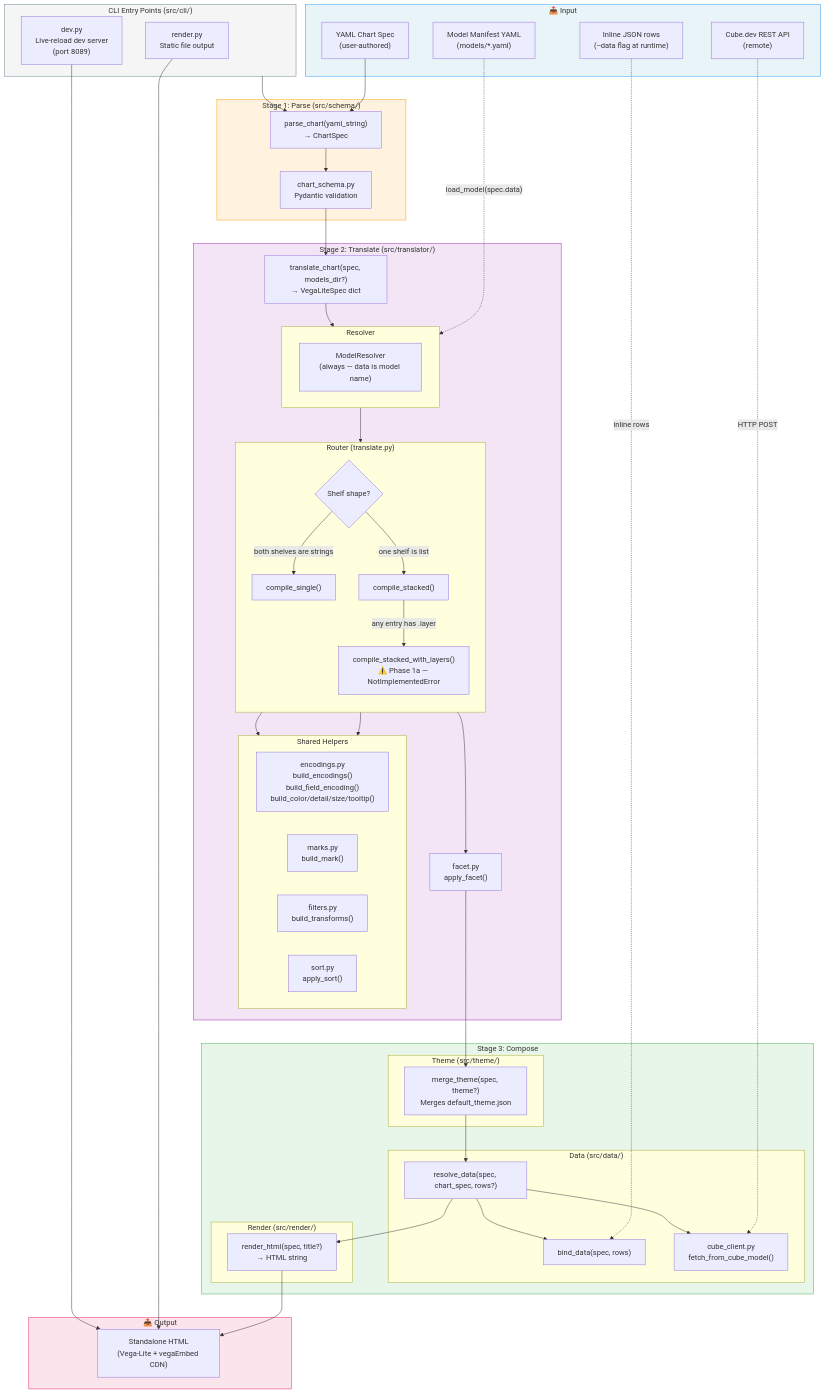
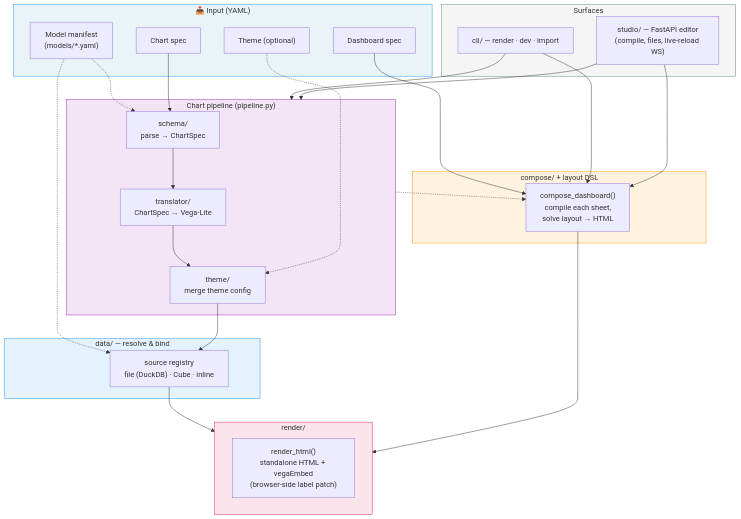
One commit to shelveshq/shelves changed the first of 2 diagrams in docs/architecture-diagram.md. Above: the diagram before and after it, drawn with Mermaid. The commit also changed other lines of this file and 8 other files, not shown here.

First line of the commit message:
docs: refresh CLAUDE.md files and architecture diagram for current scope (#53)

````diff
--- a/docs/architecture-diagram.md
+++ b/docs/architecture-diagram.md
@@ -5,96 +15,54 @@
 ```mermaid
 flowchart TB
-    subgraph INPUT["📥 Input"]
-        YAML["YAML Chart Spec<br/>(user-authored)"]
-        MODEL_YAML["Model Manifest YAML<br/>(models/*.yaml)"]
-        DATA_JSON["Inline JSON rows<br/>(--data flag at runtime)"]
-        CUBE_API["Cube.dev REST API<br/>(remote)"]
+    subgraph INPUT["📥 Input (YAML)"]
+        CHART_YAML["Chart spec"]
+        DASH_YAML["Dashboard spec"]
+        MODEL_YAML["Model manifest<br/>(models/*.yaml)"]
+        THEME_YAML["Theme (optional)"]
     end
 
-    subgraph PARSE["Stage 1: Parse (src/schema/)"]
-        parse_chart["parse_chart(yaml_string)<br/>→ ChartSpec"]
-        chart_schema["chart_schema.py<br/>Pydantic validation"]
-        parse_chart --> chart_schema
+    subgraph CHARTPIPE["Chart pipeline (pipeline.py)"]
+        SCHEMA["schema/<br/>parse → ChartSpec"]
+        TRANSLATE["translator/<br/>ChartSpec → Vega-Lite"]
+        THEME["theme/<br/>merge theme config"]
+        SCHEMA --> TRANSLATE --> THEME
     end
 
-    subgraph TRANSLATE["Stage 2: Translate (src/translator/)"]
-        translate_chart["translate_chart(spec, models_dir?)<br/>→ VegaLiteSpec dict"]
-
-        subgraph RESOLVER["Resolver"]
-            direction LR
-            MR["ModelResolver<br/>(always — data is model name)"]
-        end
-
-        subgraph ROUTER["Router (translate.py)"]
-            direction TB
-            route{"Shelf shape?"}
-            route -->|"both shelves are strings"| single
-            route -->|"one shelf is list"| stacked
-            single["compile_single()"]
-            stacked["compile_stacked()"]
-            stacked -->|"any entry has .layer"| layers["compile_stacked_with_layers()<br/>⚠️ Phase 1a — NotImplementedError"]
-        end
-
-        subgraph HELPERS["Shared Helpers"]
-            direction LR
-            enc["encodings.py<br/>build_encodings()<br/>build_field_encoding()<br/>build_color/detail/size/tooltip()"]
-            marks_mod["marks.py<br/>build_mark()"]
-            filt["filters.py<br/>build_transforms()"]
-            sort_mod["sort.py<br/>apply_sort()"]
-        end
-
-        facet_mod["facet.py<br/>apply_facet()"]
+    subgraph DATA["data/ — resolve & bind"]
+        SOURCES["source registry<br/>file (DuckDB) · Cube · inline"]
     end
 
-    subgraph COMPOSE["Stage 3: Compose"]
-        subgraph THEME["Theme (src/theme/)"]
-            merge_theme["merge_theme(spec, theme?)<br/>Merges default_theme.json"]
-        end
-        subgraph DATA["Data (src/data/)"]
-            resolve_data["resolve_data(spec, chart_spec, rows?)"]
-            bind_data["bind_data(spec, rows)"]
-            cube_client["cube_client.py<br/>fetch_from_cube_model()"]
-        end
-        subgraph RENDER["Render (src/render/)"]
-            render_html["render_html(spec, title?)<br/>→ HTML string"]
-        end
+    subgraph DASH["compose/ + layout DSL"]
+        COMPOSE["compose_dashboard()<br/>compile each sheet,<br/>solve layout → HTML"]
     end
 
-    subgraph OUTPUT["📤 Output"]
-        HTML["Standalone HTML<br/>(Vega-Lite + vegaEmbed CDN)"]
+    subgraph RENDER["render/"]
+        HTML["render_html()<br/>standalone HTML + vegaEmbed<br/>(browser-side label patch)"]
     end
 
-    subgraph CLI["CLI Entry Points (src/cli/)"]
-        cli_render["render.py<br/>Static file output"]
-        cli_dev["dev.py<br/>Live-reload dev server<br/>(port 8089)"]
+    subgraph SURFACES["Surfaces"]
+        CLI["cli/ — render · dev · import"]
+        STUDIO["studio/ — FastAPI editor<br/>(compile, files, live-reload WS)"]
     end
 
-    %% Main flow
-    YAML --> parse_chart
-    chart_schema --> translate_chart
-    MODEL_YAML -.->|"load_model(spec.data)"| MR
-    translate_chart --> RESOLVER
-    RESOLVER --> ROUTER
-    single --> HELPERS
-    stacked --> HELPERS
-    ROUTER --> facet_mod
-    facet_mod --> merge_theme
-    merge_theme --> resolve_data
-    DATA_JSON -.->|"inline rows"| bind_data
-    CUBE_API -.->|"HTTP POST"| cube_client
-    resolve_data --> bind_data
-    resolve_data --> cube_client
-    resolve_data --> render_html
-    render_html --> HTML
-
-    CLI --> parse_chart
-    cli_render --> HTML
-    cli_dev --> HTML
+    MODEL_YAML -.-> SCHEMA
+    MODEL_YAML -.-> SOURCES
+    THEME_YAML -.-> THEME
+    CHART_YAML --> SCHEMA
+    DASH_YAML --> COMPOSE
+    THEME --> SOURCES
+    SOURCES --> RENDER
+    COMPOSE --> RENDER
+    CHARTPIPE -.-> COMPOSE
+    CLI --> CHARTPIPE
+    CLI --> COMPOSE
+    STUDIO --> CHARTPIPE
+    STUDIO --> COMPOSE
 
     style INPUT fill:#e8f4f8,stroke:#2196F3
-    style PARSE fill:#fff3e0,stroke:#FF9800
-    style TRANSLATE fill:#f3e5f5,stroke:#9C27B0
-    style COMPOSE fill:#e8f5e9,stroke:#4CAF50
-    style OUTPUT fill:#fce4ec,stroke:#E91E63
-    style CLI fill:#f5f5f5,stroke:#607D8B
+    style CHARTPIPE fill:#f3e5f5,stroke:#9C27B0
+    style DATA fill:#e3f2fd,stroke:#2196F3
+    style DASH fill:#fff3e0,stroke:#FF9800
+    style RENDER fill:#fce4ec,stroke:#E91E63
+    style SURFACES fill:#f5f5f5,stroke:#607D8B
 ```
````
